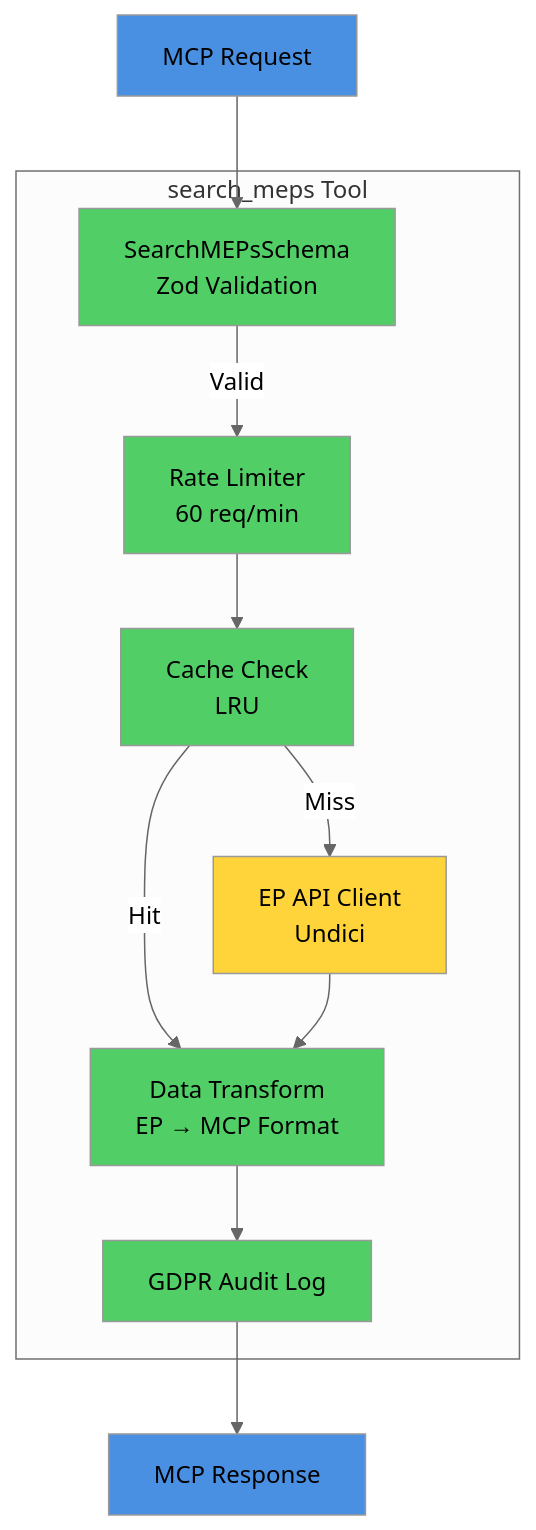
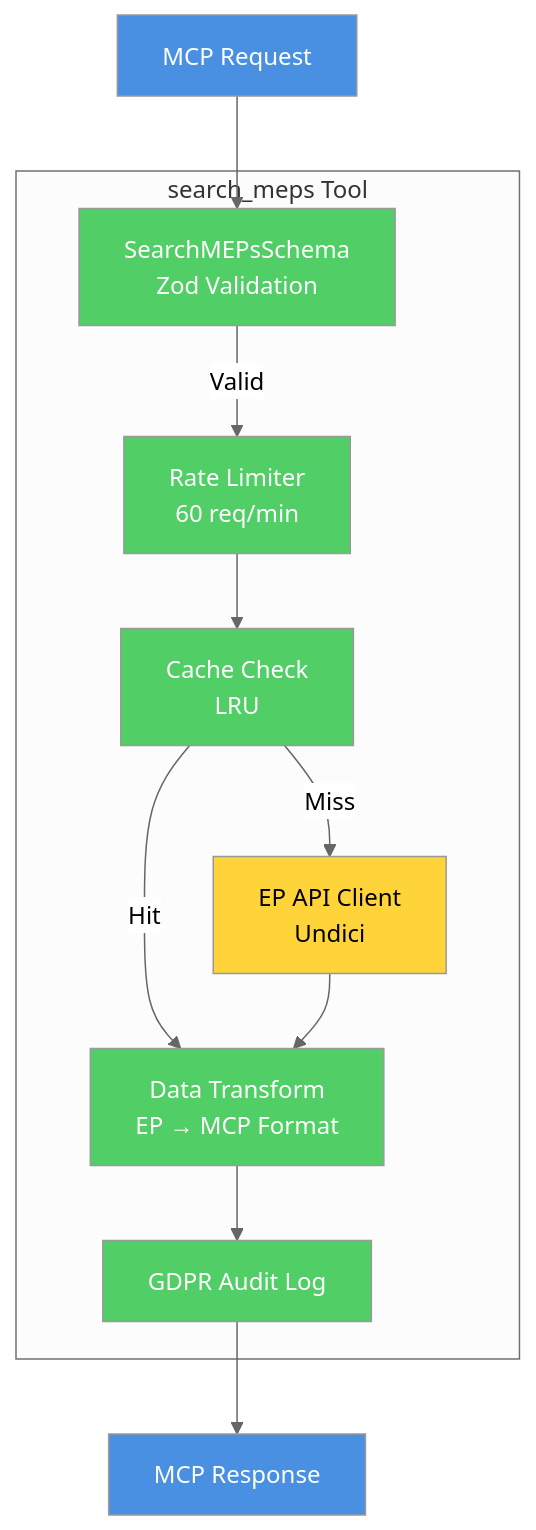
Before and after one commit to Hack23/European-Parliament-MCP-Server: the second of 5 diagrams in docs/api-markdown/_media/skills/architecture-documentation/SKILL.md, drawn with Mermaid (neutral theme). The commit also changed other lines of this file and 28 other files, not shown here.

First line of the commit message:
fix: correct 5 broken mermaid diagrams and add explicit text colors for dark/light mode

````diff
--- a/docs/api-markdown/_media/skills/architecture-documentation/SKILL.md
+++ b/docs/api-markdown/_media/skills/architecture-documentation/SKILL.md
@@ -142,33 +154,41 @@
 ```mermaid
 graph TB
     Input[MCP Request]
     
     subgraph "search_meps Tool"
         Schema[SearchMEPsSchema<br/>Zod Validation]
         RateLimit[Rate Limiter<br/>60 req/min]
         CacheCheck[Cache Check<br/>LRU]
         APIClient[EP API Client<br/>Undici]
         Transform[Data Transform<br/>EP → MCP Format]
         AuditLog[GDPR Audit Log]
     end
     
     Output[MCP Response]
     
     Input --> Schema
     Schema -->|Valid| RateLimit
     RateLimit --> CacheCheck
     CacheCheck -->|Miss| APIClient
     CacheCheck -->|Hit| Transform
     APIClient --> Transform
     Transform --> AuditLog
     AuditLog --> Output
     
-    style Input fill:#4a90e2
-    style Schema fill:#51cf66
-    style RateLimit fill:#51cf66
-    style CacheCheck fill:#51cf66
-    style APIClient fill:#ffd43b
-    style Transform fill:#51cf66
-    style AuditLog fill:#51cf66
-    style Output fill:#4a90e2
+    style Input fill:#4a90e2,color:#ffffff
+
+    style Schema fill:#51cf66,color:#ffffff
+
+    style RateLimit fill:#51cf66,color:#ffffff
+
+    style CacheCheck fill:#51cf66,color:#ffffff
+
+    style APIClient fill:#ffd43b,color:#000000
+
+    style Transform fill:#51cf66,color:#ffffff
+
+    style AuditLog fill:#51cf66,color:#ffffff
+
+    style Output fill:#4a90e2,color:#ffffff
+
 ```
````
